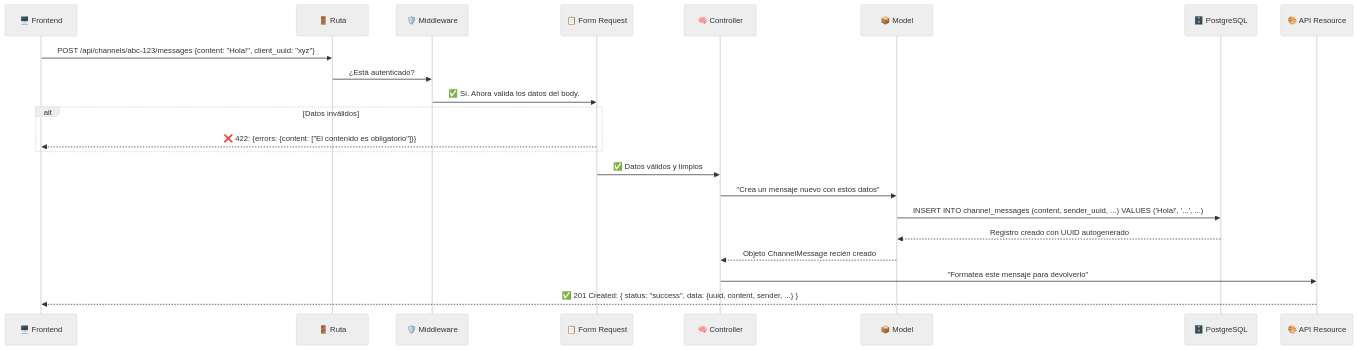
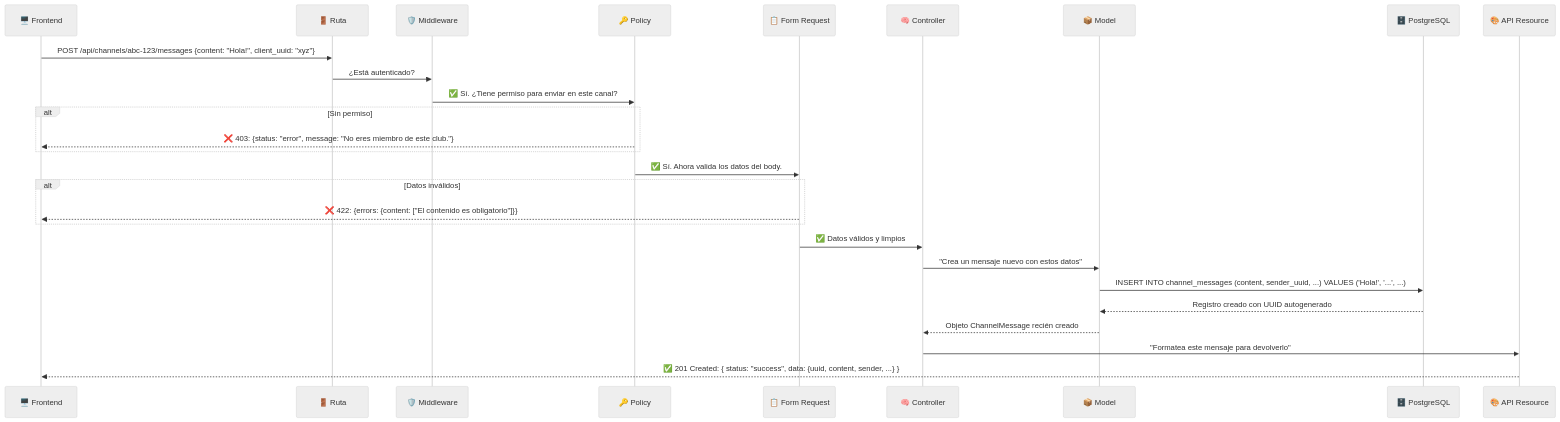
The second of 2 diagrams in docs/architecture/http_request_lifecycle.md (Santi746/vyntra-backend), drawn with Mermaid (neutral theme) before and after one commit. The commit also changed other lines of this file and 120 other files, not shown here.

````diff
--- a/docs/architecture/http_request_lifecycle.md
+++ b/docs/architecture/http_request_lifecycle.md
@@ -55,27 +57,34 @@
 ```mermaid
 sequenceDiagram
     participant FE as 🖥️ Frontend
     participant RT as 🚪 Ruta
     participant MW as 🛡️ Middleware
+    participant PO as 🔑 Policy
     participant FR as 📋 Form Request
     participant CT as 🧠 Controller
     participant MD as 📦 Model
     participant DB as 🗄️ PostgreSQL
     participant RS as 🎨 API Resource
 
     FE->>RT: POST /api/channels/abc-123/messages {content: "Hola!", client_uuid: "xyz"}
     RT->>MW: ¿Está autenticado?
-    MW->>FR: ✅ Sí. Ahora valida los datos del body.
+    MW->>PO: ✅ Sí. ¿Tiene permiso para enviar en este canal?
+    
+    alt Sin permiso
+        PO-->>FE: ❌ 403: {status: "error", message: "No eres miembro de este club."}
+    end
+    
+    PO->>FR: ✅ Sí. Ahora valida los datos del body.
     
     alt Datos inválidos
         FR-->>FE: ❌ 422: {errors: {content: ["El contenido es obligatorio"]}}
     end
     
     FR->>CT: ✅ Datos válidos y limpios
     CT->>MD: "Crea un mensaje nuevo con estos datos"
     MD->>DB: INSERT INTO channel_messages (content, sender_uuid, ...) VALUES ('Hola!', '...', ...)
     DB-->>MD: Registro creado con UUID autogenerado
     MD-->>CT: Objeto ChannelMessage recién creado
     CT->>RS: "Formatea este mensaje para devolverlo"
     RS-->>FE: ✅ 201 Created: { status: "success", data: {uuid, content, sender, ...} }
 ```
````
